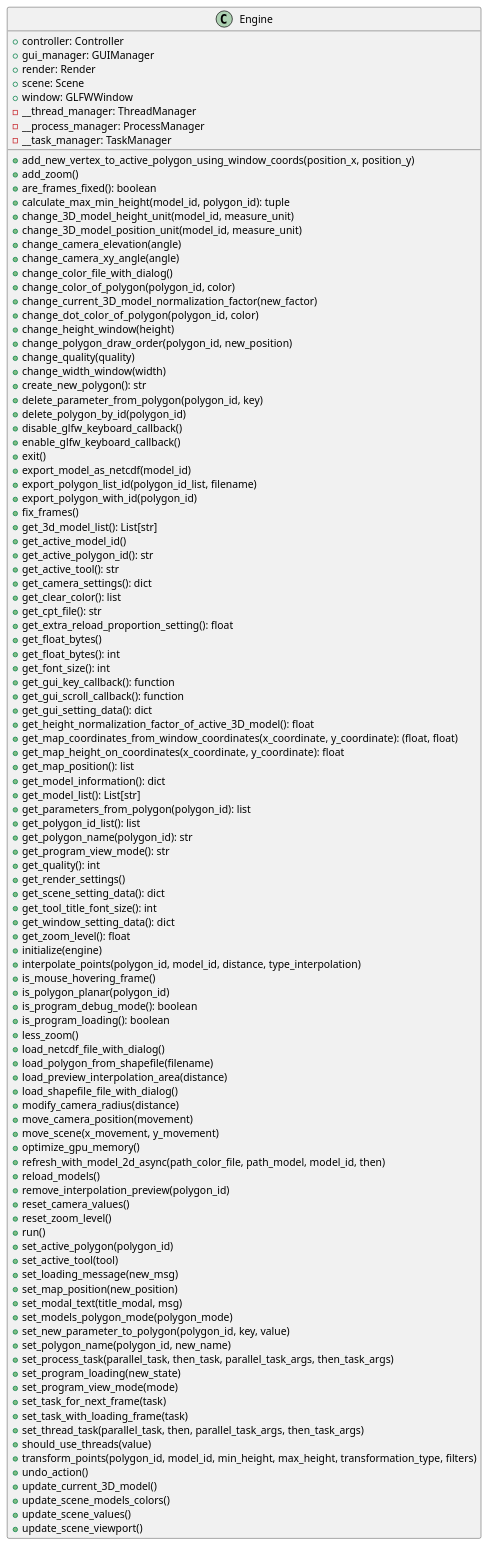
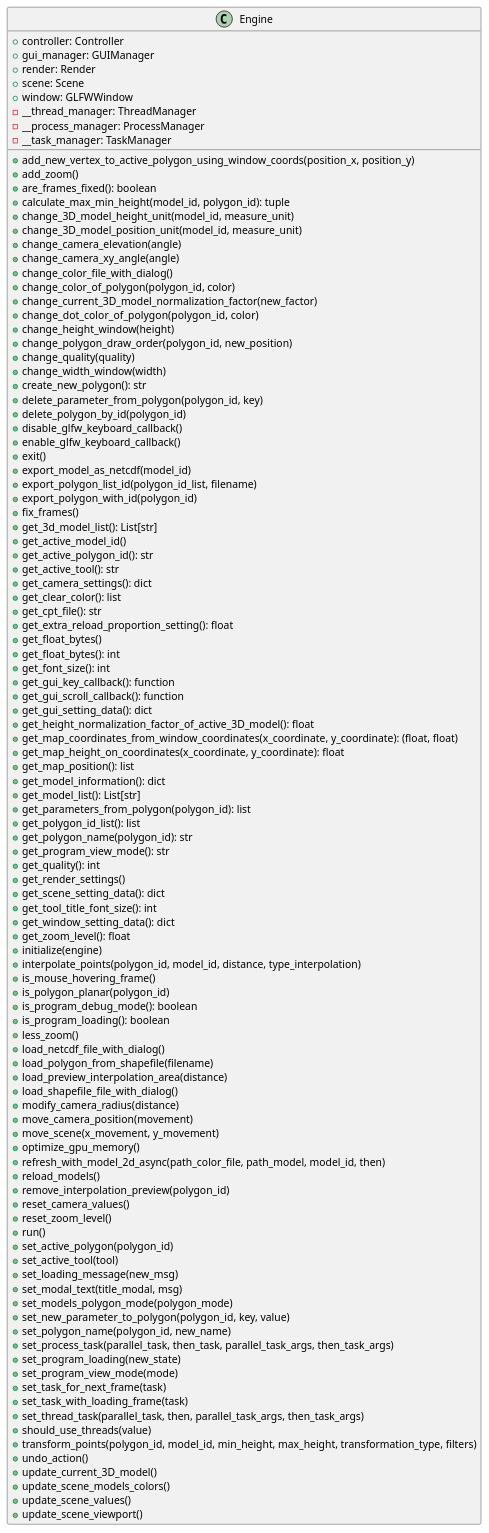
One commit to ferpoble2/Relief_Creator changed the diagram in docs/classes/Engine.puml. Above: the diagram before and after it, drawn with PlantUML. The commit also changed 3 other files, not shown here.

First line of the commit message:
Removed method set_map_position.

```diff
--- a/docs/classes/Engine.puml
+++ b/docs/classes/Engine.puml
@@ -1,112 +1,111 @@
 @startuml
 class Engine {
     + controller: Controller
     + gui_manager: GUIManager
     + render: Render
     + scene: Scene
     + window: GLFWWindow
     - __thread_manager: ThreadManager
     - __process_manager: ProcessManager
     - __task_manager: TaskManager
 
     + add_new_vertex_to_active_polygon_using_window_coords(position_x, position_y)
     + add_zoom()
     + are_frames_fixed(): boolean
     + calculate_max_min_height(model_id, polygon_id): tuple
     + change_3D_model_height_unit(model_id, measure_unit)
     + change_3D_model_position_unit(model_id, measure_unit)
     + change_camera_elevation(angle)
     + change_camera_xy_angle(angle)
     + change_color_file_with_dialog()
     + change_color_of_polygon(polygon_id, color)
     + change_current_3D_model_normalization_factor(new_factor)
     + change_dot_color_of_polygon(polygon_id,  color)
     + change_height_window(height)
     + change_polygon_draw_order(polygon_id, new_position)
     + change_quality(quality)
     + change_width_window(width)
     + create_new_polygon(): str
     + delete_parameter_from_polygon(polygon_id, key)
     + delete_polygon_by_id(polygon_id)
     + disable_glfw_keyboard_callback()
     + enable_glfw_keyboard_callback()
     + exit()
     + export_model_as_netcdf(model_id)
     + export_polygon_list_id(polygon_id_list, filename)
     + export_polygon_with_id(polygon_id)
     + fix_frames()
     + get_3d_model_list(): List[str]
     + get_active_model_id()
     + get_active_polygon_id(): str
     + get_active_tool(): str
     + get_camera_settings(): dict
     + get_clear_color(): list
     + get_cpt_file(): str
     + get_extra_reload_proportion_setting(): float
     + get_float_bytes()
     + get_float_bytes(): int
     + get_font_size(): int
     + get_gui_key_callback(): function
     + get_gui_scroll_callback(): function
     + get_gui_setting_data(): dict
     + get_height_normalization_factor_of_active_3D_model(): float
     + get_map_coordinates_from_window_coordinates(x_coordinate, y_coordinate): (float, float)
     + get_map_height_on_coordinates(x_coordinate, y_coordinate): float
     + get_map_position(): list
     + get_model_information(): dict
     + get_model_list(): List[str]
     + get_parameters_from_polygon(polygon_id): list
     + get_polygon_id_list(): list
     + get_polygon_name(polygon_id): str
     + get_program_view_mode(): str
     + get_quality(): int
     + get_render_settings()
     + get_scene_setting_data(): dict
     + get_tool_title_font_size(): int
     + get_window_setting_data(): dict
     + get_zoom_level(): float
     + initialize(engine)
     + interpolate_points(polygon_id, model_id, distance, type_interpolation)
     + is_mouse_hovering_frame()
     + is_polygon_planar(polygon_id)
     + is_program_debug_mode(): boolean
     + is_program_loading(): boolean
     + less_zoom()
     + load_netcdf_file_with_dialog()
     + load_polygon_from_shapefile(filename)
     + load_preview_interpolation_area(distance)
     + load_shapefile_file_with_dialog()
     + modify_camera_radius(distance)
     + move_camera_position(movement)
     + move_scene(x_movement, y_movement)
     + optimize_gpu_memory()
     + refresh_with_model_2d_async(path_color_file, path_model, model_id, then)
     + reload_models()
     + remove_interpolation_preview(polygon_id)
     + reset_camera_values()
     + reset_zoom_level()
     + run()
     + set_active_polygon(polygon_id)
     + set_active_tool(tool)
     + set_loading_message(new_msg)
-    + set_map_position(new_position)
     + set_modal_text(title_modal, msg)
     + set_models_polygon_mode(polygon_mode)
     + set_new_parameter_to_polygon(polygon_id, key, value)
     + set_polygon_name(polygon_id, new_name)
     + set_process_task(parallel_task, then_task, parallel_task_args, then_task_args)
     + set_program_loading(new_state)
     + set_program_view_mode(mode)
     + set_task_for_next_frame(task)
     + set_task_with_loading_frame(task)
     + set_thread_task(parallel_task, then, parallel_task_args, then_task_args)
     + should_use_threads(value)
     + transform_points(polygon_id, model_id, min_height, max_height, transformation_type, filters)
     + undo_action()
     + update_current_3D_model()
     + update_scene_models_colors()
     + update_scene_values()
     + update_scene_viewport()
 }
 
 @enduml
```
